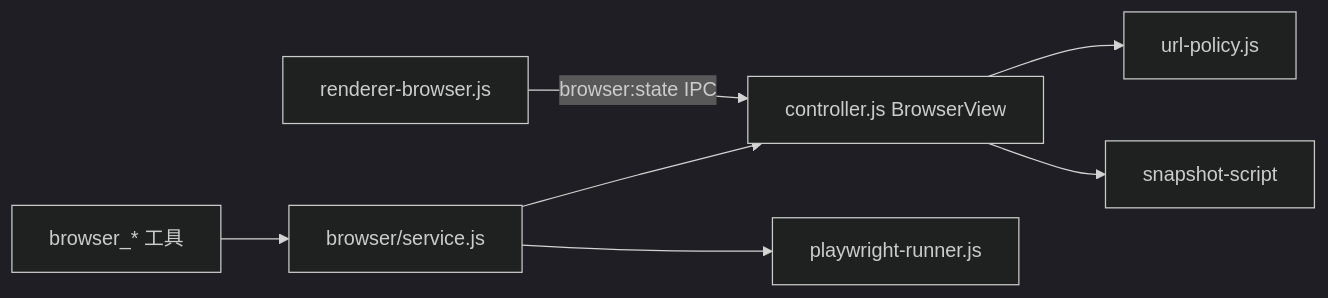
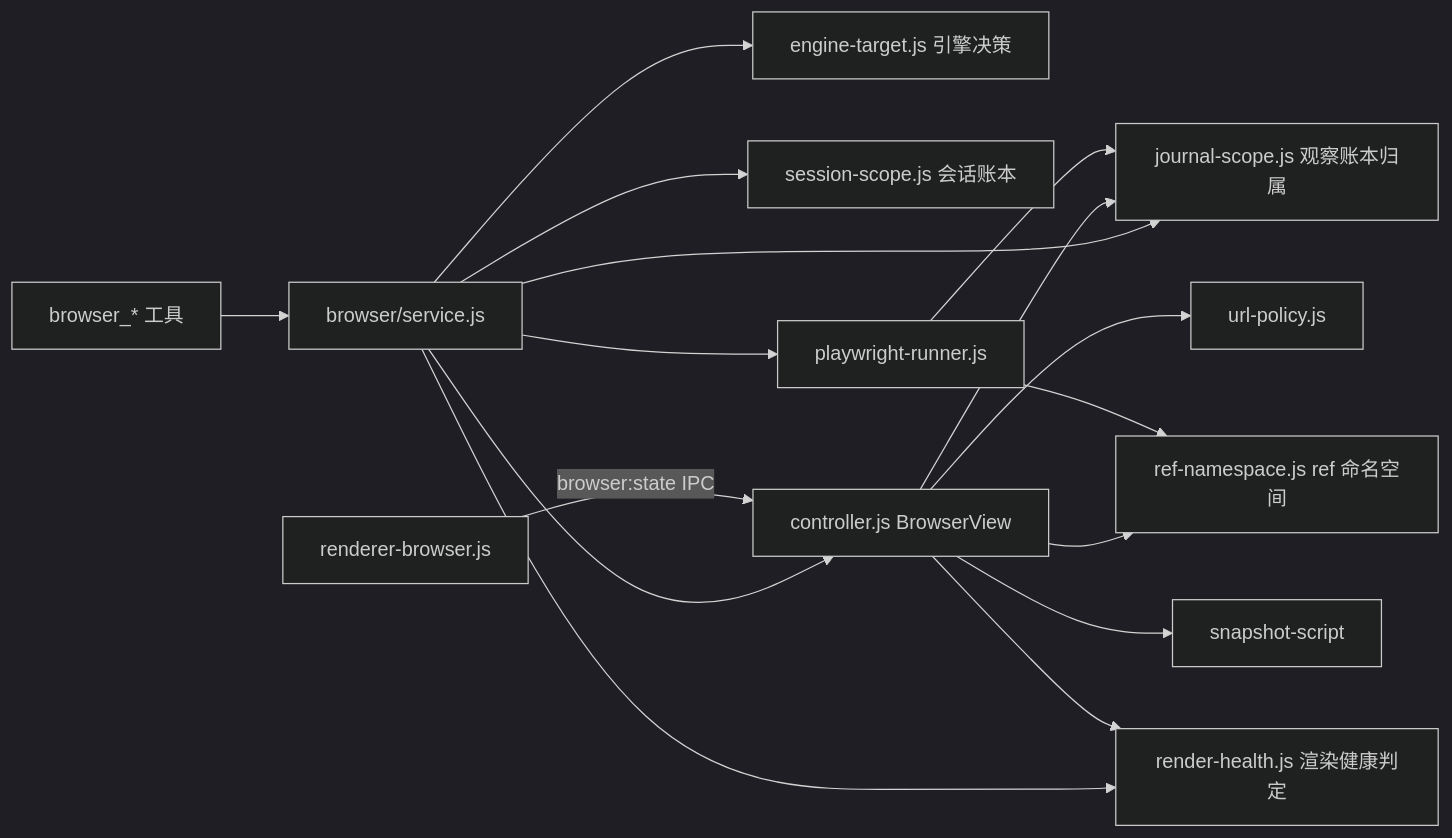
Diagram 12 of 15 in docs/ARCHITECTURE.md (zuochamo/dieyunagent), drawn with Mermaid (dark theme) before and after one commit. The commit also changed other lines of this file and 26 other files, not shown here.

````diff
--- a/docs/ARCHITECTURE.md
+++ b/docs/ARCHITECTURE.md
@@ -537,9 +537,18 @@
 ```mermaid
 flowchart LR
   Tool[browser_* 工具] --> Svc[browser/service.js]
+  Svc --> ET[engine-target.js 引擎决策]
+  Svc --> Scope[session-scope.js 会话账本]
+  Svc --> JS[journal-scope.js 观察账本归属]
   Svc --> Ctrl[controller.js BrowserView]
   Svc --> PW[playwright-runner.js]
   Ctrl --> URLPol[url-policy.js]
   Ctrl --> Snap[snapshot-script]
+  Ctrl --> RN[ref-namespace.js ref 命名空间]
+  Ctrl --> JS
+  PW --> RN
+  PW --> JS
+  Svc --> RH[render-health.js 渲染健康判定]
+  Ctrl --> RH
   RendererUI[renderer-browser.js] -->|browser:state IPC| Ctrl
 ```
````
